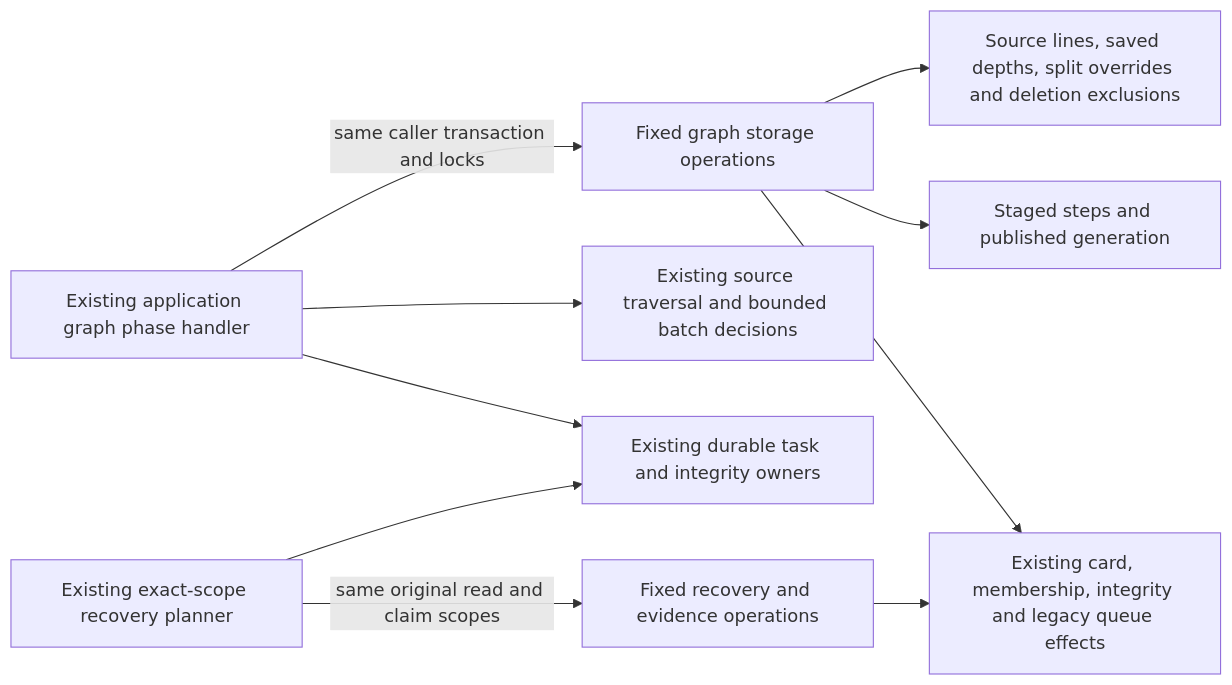
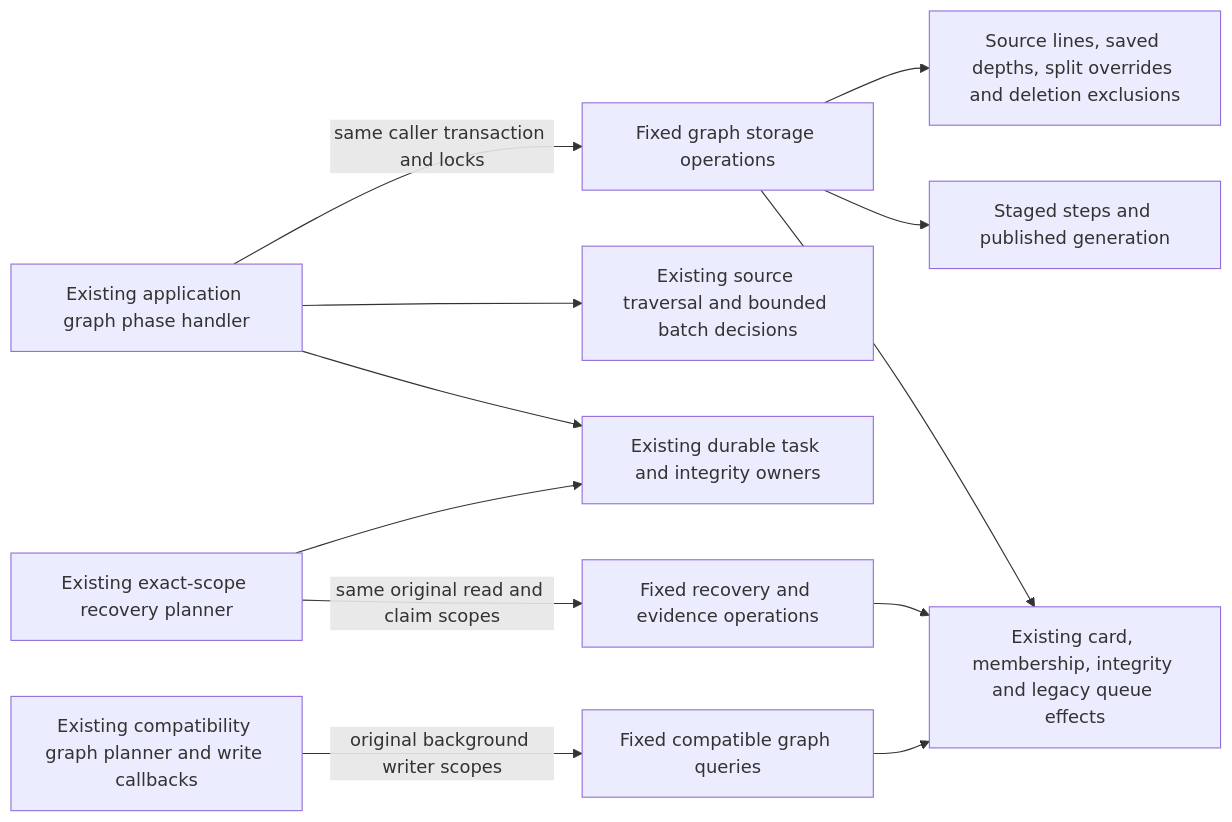
The diagram in database/tempo_legacy_database/adapters/opening_graph/README.md (aaweaver-actuary/tempo), drawn with Mermaid before and after one commit. The commit also changed other lines of this file and 5 other files, not shown here.

Commit message:
Centralize compatibility opening graph queries without moving algorithms

````diff
--- a/database/tempo_legacy_database/adapters/opening_graph/README.md
+++ b/database/tempo_legacy_database/adapters/opening_graph/README.md
@@ -7,12 +7,14 @@
 ```mermaid
 flowchart LR
   app[Existing application graph phase handler] -->|same caller transaction and locks| storage[Fixed graph storage operations]
   app --> planner[Existing source traversal and bounded batch decisions]
   app --> tasks[Existing durable task and integrity owners]
   storage --> source[Source lines, saved depths, split overrides and deletion exclusions]
   storage --> publishedGraph[Staged steps and published generation]
   storage --> shared[Existing card, membership, integrity and legacy queue effects]
   recoveryApp[Existing exact-scope recovery planner] -->|same original read and claim scopes| recoveryDB[Fixed recovery and evidence operations]
   recoveryApp --> tasks
   recoveryDB --> shared
+  compatibilityApp[Existing compatibility graph planner and write callbacks] -->|original background writer scopes| compatibilityDB[Fixed compatible graph queries]
+  compatibilityDB --> shared
 ```
````
